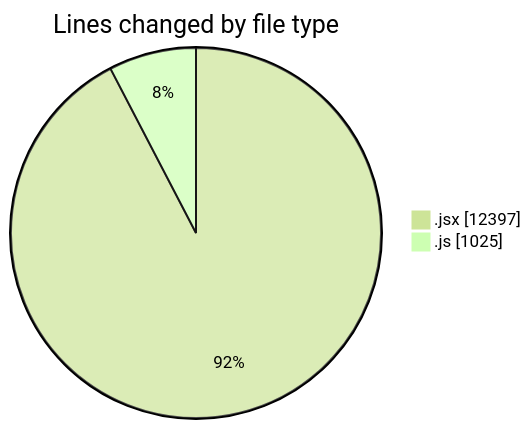
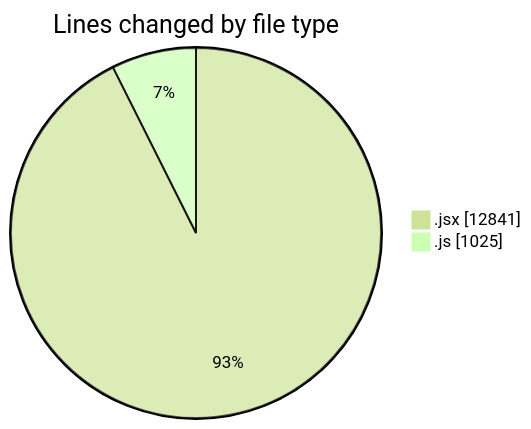
One commit to nxtqubesakshisongat/code-tracking changed the first of 2 diagrams in 2025-07-21/nxtqube_webapp/README.md. Above: the diagram before and after it, drawn with Mermaid (forest theme). The commit also changed other lines of this file and 1 other file, not shown here.

````diff
--- a/2025-07-21/nxtqube_webapp/README.md
+++ b/2025-07-21/nxtqube_webapp/README.md
@@ -33,6 +35,6 @@
 ```mermaid
 pie showData
 title Lines changed by file type
-".jsx" : 12397
+".jsx" : 12841
 ".js" : 1025
 ```
````
